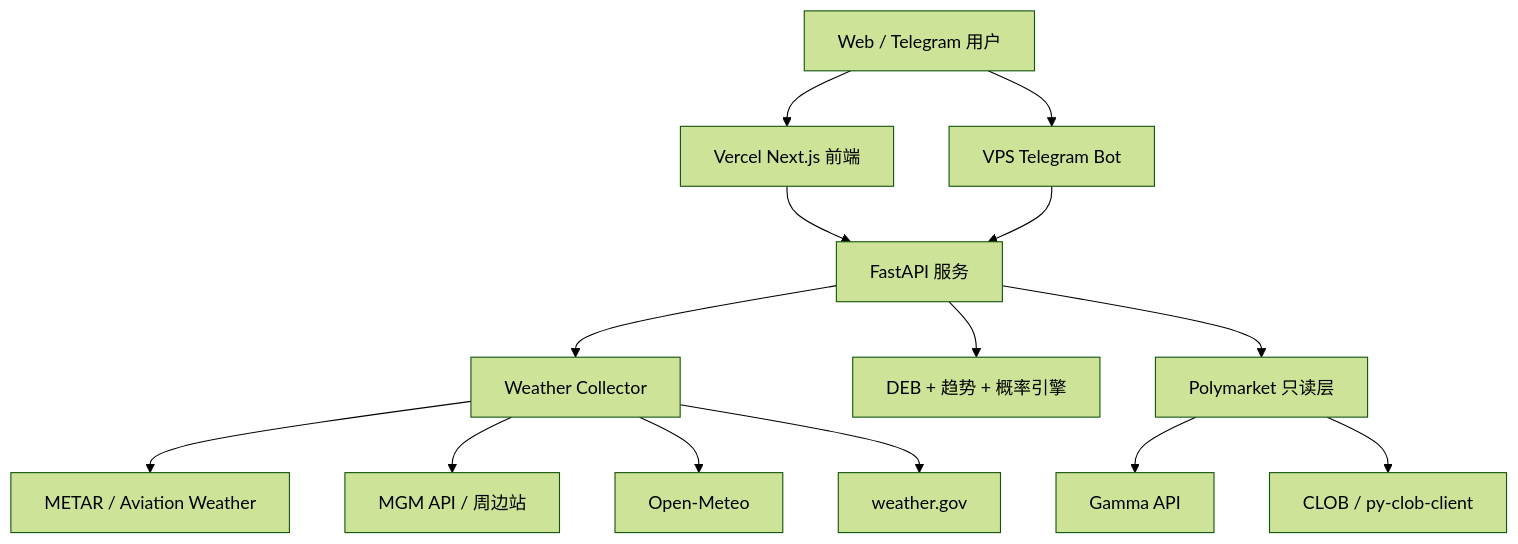
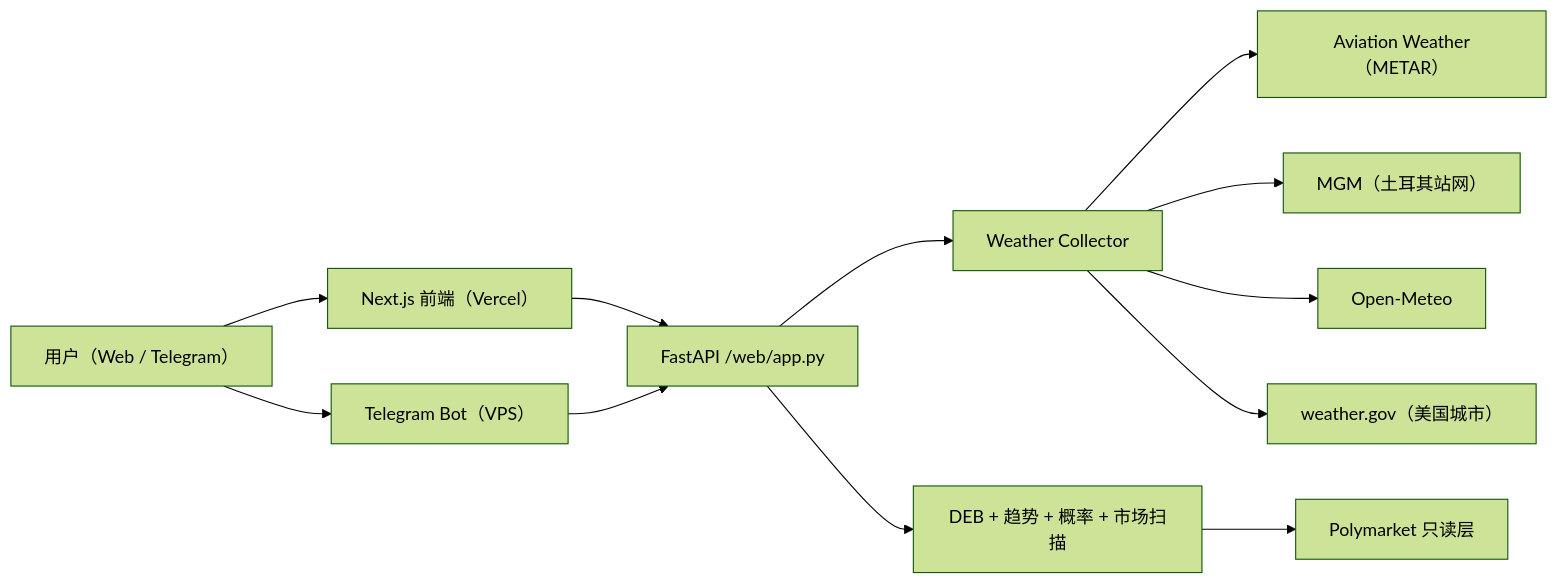
Before and after one commit to ivanmladek/PolyWeather: the first of 2 diagrams in README_ZH.md, drawn with Mermaid (forest theme). The commit also changed other lines of this file and 7 other files, not shown here.

````diff
--- a/README_ZH.md
+++ b/README_ZH.md
@@ -70,18 +27,16 @@
 ```mermaid
-graph TD
-    User[Web / Telegram 用户] --> FE[Vercel Next.js 前端]
-    User --> Bot[VPS Telegram Bot]
-    FE --> API[FastAPI 服务]
-    Bot --> API
+flowchart LR
+    U["用户（Web / Telegram）"] --> FE["Next.js 前端（Vercel）"]
+    U --> BOT["Telegram Bot（VPS）"]
+    FE --> API["FastAPI /web/app.py"]
+    BOT --> API
 
-    API --> WX[Weather Collector]
-    WX --> METAR[METAR / Aviation Weather]
-    WX --> MGM[MGM API / 周边站]
-    WX --> OM[Open-Meteo]
-    WX --> NWS[weather.gov]
+    API --> WX["Weather Collector"]
+    WX --> METAR["Aviation Weather（METAR）"]
+    WX --> MGM["MGM（土耳其站网）"]
+    WX --> OM["Open-Meteo"]
+    WX --> NWS["weather.gov（美国城市）"]
 
-    API --> DEB[DEB + 趋势 + 概率引擎]
-    API --> PM[Polymarket 只读层]
-    PM --> Gamma[Gamma API]
-    PM --> CLOB[CLOB / py-clob-client]
+    API --> ANALYSIS["DEB + 趋势 + 概率 + 市场扫描"]
+    ANALYSIS --> PM["Polymarket 只读层"]
 ```
````
